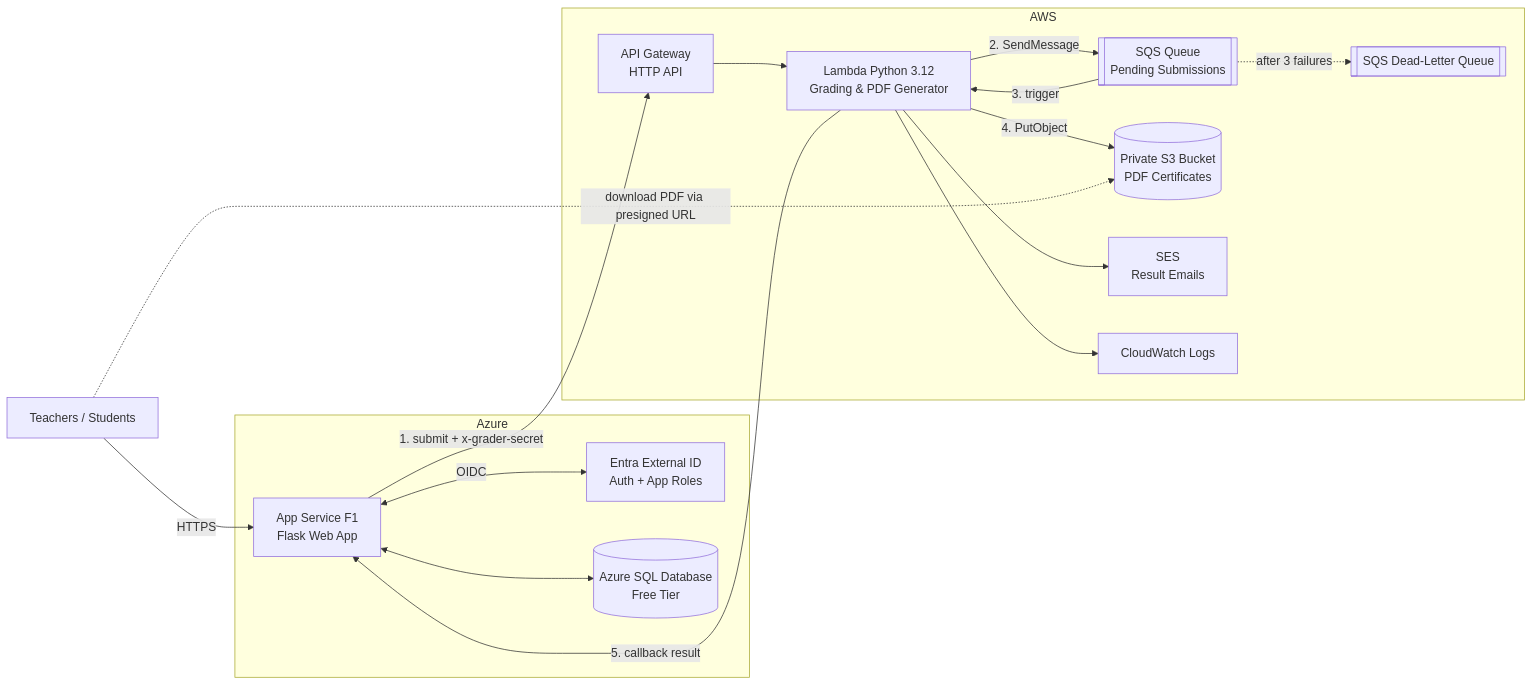
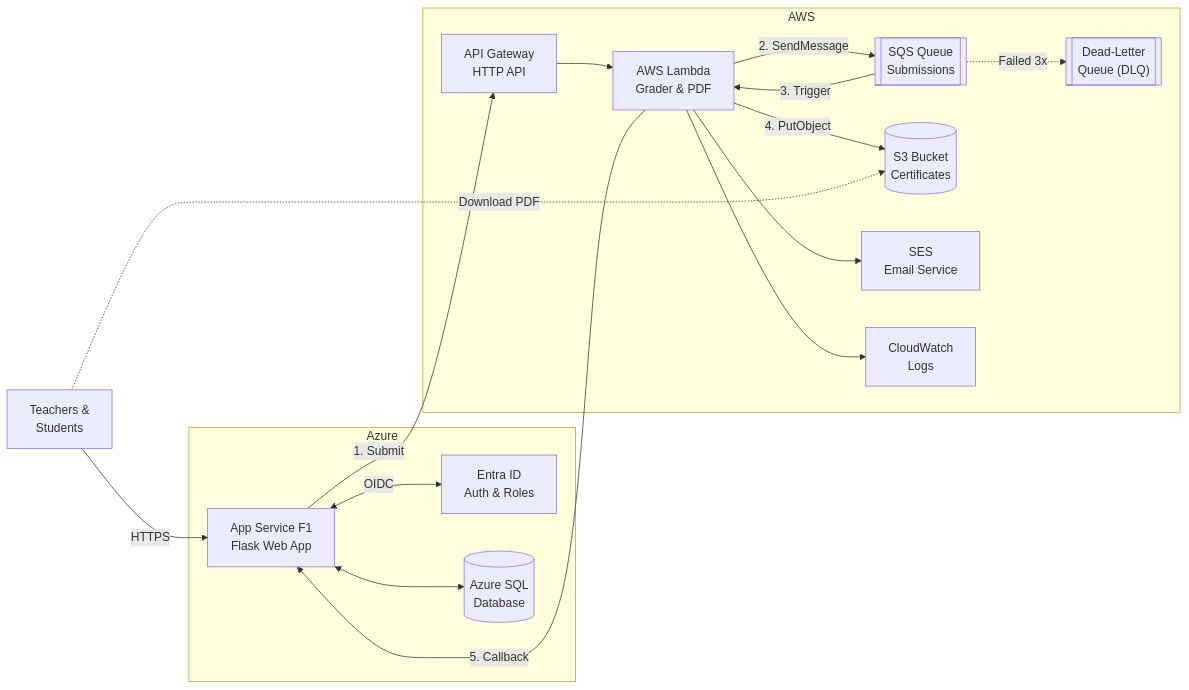
One commit to Phong02032006/project_cloud changed the diagram in README.md. Above: the diagram before and after it, drawn with Mermaid.

Commit message:
Fix text truncation in Mermaid architecture diagram

````diff
--- a/README.md
+++ b/README.md
@@ -13,29 +13,33 @@
 ```mermaid
 flowchart LR
-  U[Teachers / Students] -->|HTTPS| WEB
-  subgraph Azure
-    ENTRA[Entra External ID<br/>Auth + App Roles]
-    WEB[App Service F1<br/>Flask Web App]
-    SQL[(Azure SQL Database<br/>Free Tier)]
+  U["Teachers &<br/>Students"] -->|HTTPS| WEB
+
+  subgraph Azure["Azure"]
+    ENTRA["Entra ID<br/>Auth & Roles"]
+    WEB["App Service F1<br/>Flask Web App"]
+    SQL[("Azure SQL<br/>Database")]
   end
-  subgraph AWS
-    APIGW[API Gateway<br/>HTTP API]
-    L[Lambda Python 3.12<br/>Grading & PDF Generator]
-    Q[[SQS Queue<br/>Pending Submissions]]
-    DLQ[[SQS Dead-Letter Queue]]
-    S3[(Private S3 Bucket<br/>PDF Certificates)]
-    SES[SES<br/>Result Emails]
-    CW[CloudWatch Logs]
+
+  subgraph AWS["AWS"]
+    APIGW["API Gateway<br/>HTTP API"]
+    L["AWS Lambda<br/>Grader & PDF"]
+    Q[["SQS Queue<br/>Submissions"]]
+    DLQ[["Dead-Letter<br/>Queue (DLQ)"]]
+    S3[("S3 Bucket<br/>Certificates")]
+    SES["SES<br/>Email Service"]
+    CW["CloudWatch<br/>Logs"]
   end
+
   WEB <-->|OIDC| ENTRA
   WEB <--> SQL
-  WEB -->|1. submit + x-grader-secret| APIGW --> L
+  WEB -->|1. Submit| APIGW
+  APIGW --> L
   L -->|2. SendMessage| Q
-  Q -->|3. trigger| L
-  Q -.->|after 3 failures| DLQ
+  Q -->|3. Trigger| L
+  Q -.->|Failed 3x| DLQ
   L -->|4. PutObject| S3
-  L -->|5. callback result| WEB
+  L -->|5. Callback| WEB
   L --> SES
   L --> CW
-  U -.->|download PDF via presigned URL| S3
+  U -.->|Download PDF| S3
 ```
````
